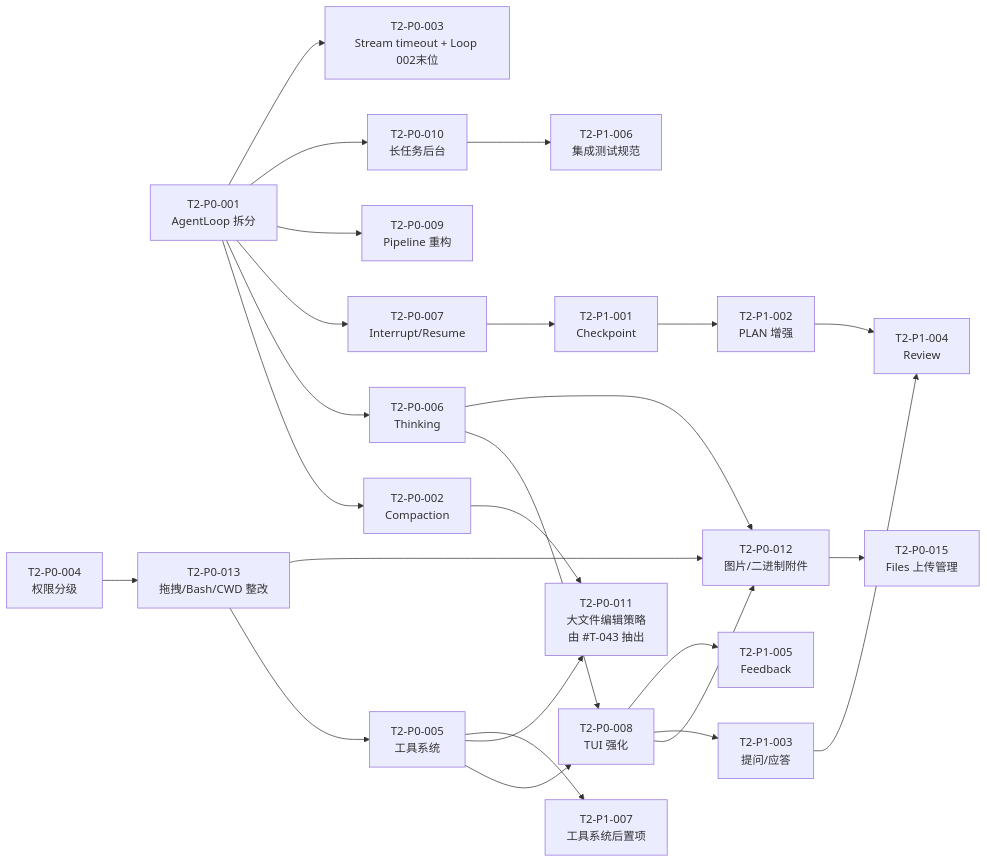
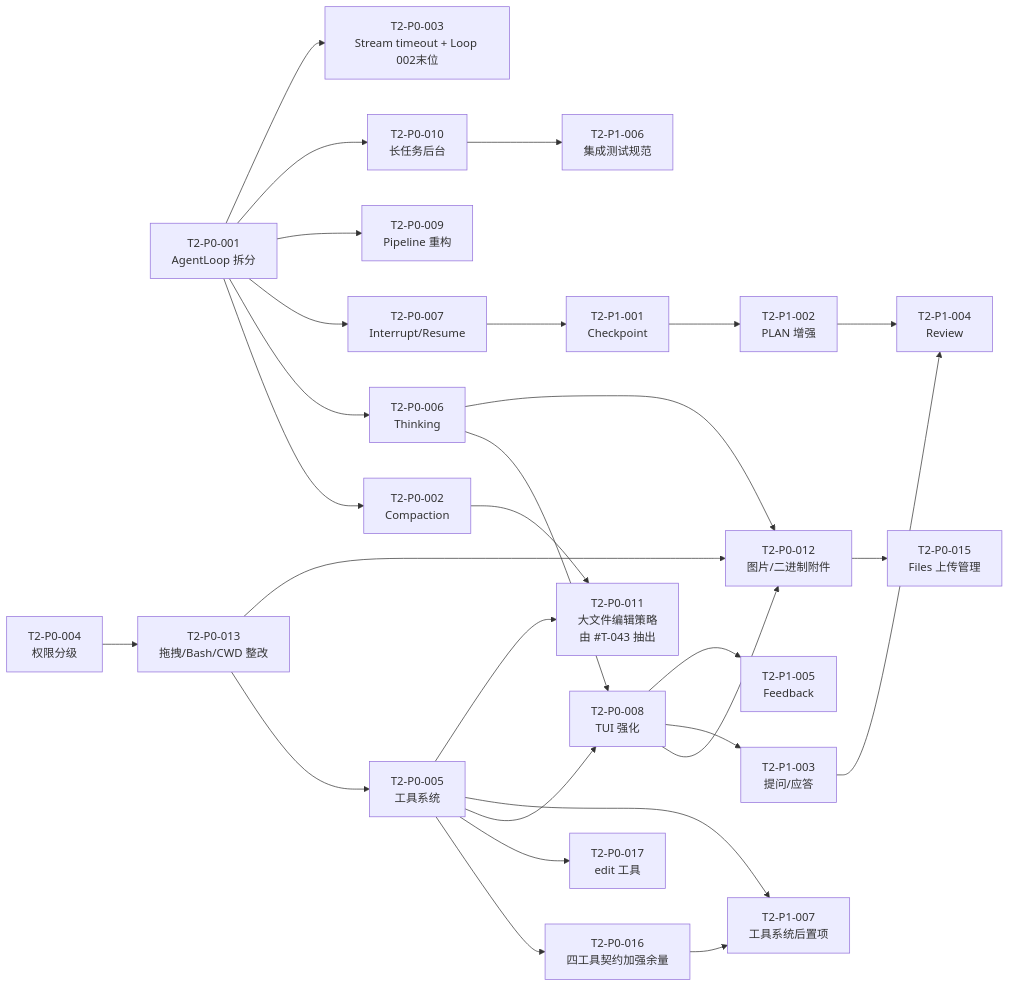
Before and after one commit to teisun/tomcat-agent: the diagram in pi-rust-wasm/agents/TASK_BOARD_002.md, drawn with Mermaid. The commit also changed other lines of this file and 14 other files, not shown here.

````diff
--- a/pi-rust-wasm/agents/TASK_BOARD_002.md
+++ b/pi-rust-wasm/agents/TASK_BOARD_002.md
@@ -953,27 +1026,30 @@
 ```mermaid
 flowchart LR
     P001[T2-P0-001<br/>AgentLoop 拆分] --> P002[T2-P0-002<br/>Compaction]
     P001 --> P006[T2-P0-006<br/>Thinking]
     P001 --> P007[T2-P0-007<br/>Interrupt/Resume]
     P001 --> P009[T2-P0-009<br/>Pipeline 重构]
     P001 --> P010[T2-P0-010<br/>长任务后台]
     P001 --> P003[T2-P0-003<br/>Stream timeout + Loop 002末位]
     P004[T2-P0-004<br/>权限分级] --> P013[T2-P0-013<br/>拖拽/Bash/CWD 整改]
     P013 --> P005[T2-P0-005<br/>工具系统]
     P013 --> P012[T2-P0-012<br/>图片/二进制附件]
+    P005 --> P016[T2-P0-016<br/>四工具契约加强余量]
+    P005 --> P017[T2-P0-017<br/>edit 工具]
     P005 --> P008[T2-P0-008<br/>TUI 强化]
+    P016 --> P107[T2-P1-007<br/>工具系统后置项]
+    P005 --> P107
     P006 --> P008
     P002 --> P011[T2-P0-011<br/>大文件编辑策略<br/>由 #T-043 抽出]
     P005 --> P011
     P006 --> P012
     P008 --> P012
     P012 --> P015[T2-P0-015<br/>Files 上传管理]
     P007 --> P101[T2-P1-001<br/>Checkpoint]
     P101 --> P102[T2-P1-002<br/>PLAN 增强]
     P008 --> P103[T2-P1-003<br/>提问/应答]
     P102 --> P104[T2-P1-004<br/>Review]
     P103 --> P104
     P008 --> P105[T2-P1-005<br/>Feedback]
     P010 --> P106[T2-P1-006<br/>集成测试规范]
-    P005 --> P107[T2-P1-007<br/>工具系统后置项]
 ```
````
